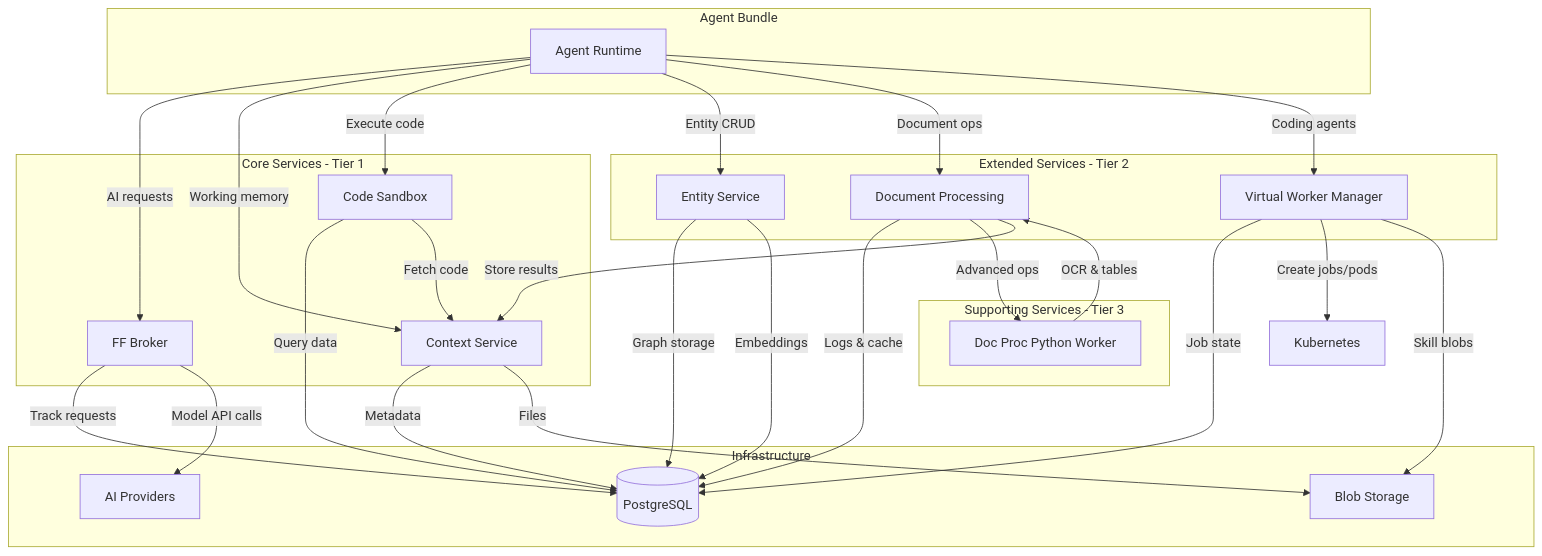
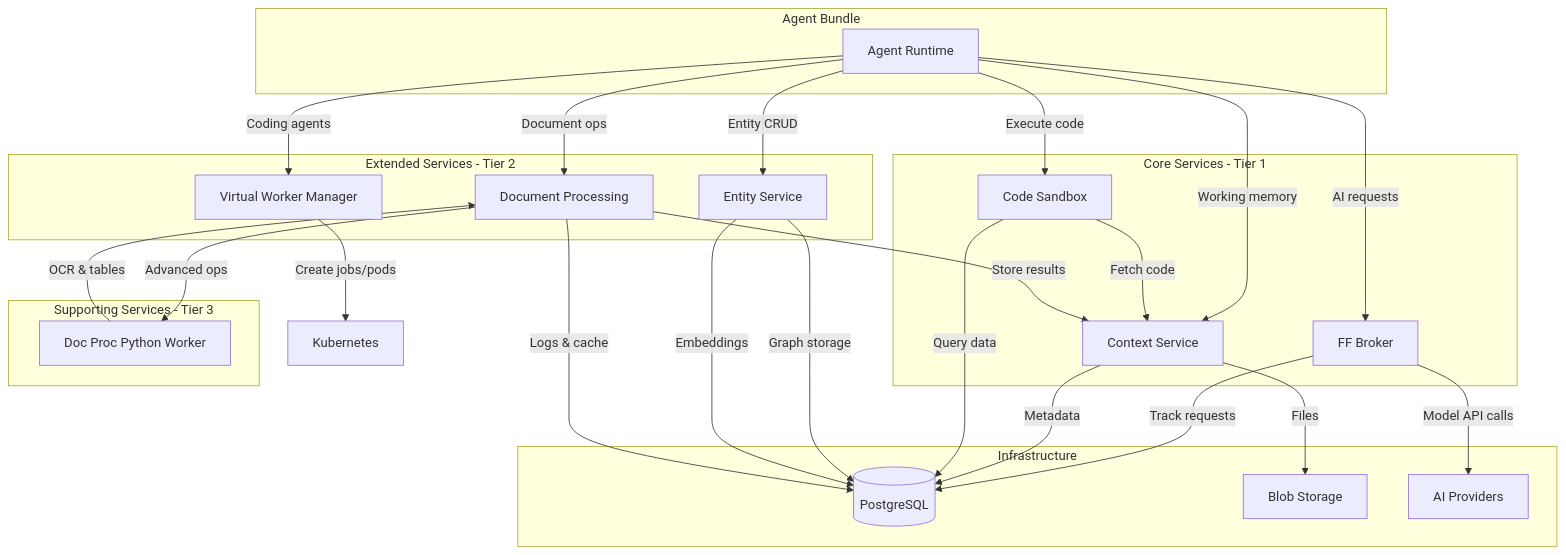
Before and after one commit to firebrandanalytics/ff-public-docs: the first of 4 diagrams in docs/firefoundry/platform/services/README.md, drawn with Mermaid. The commit also changed other lines of this file and 4 other files, not shown here.

````diff
--- a/docs/firefoundry/platform/services/README.md
+++ b/docs/firefoundry/platform/services/README.md
@@ -86,57 +86,55 @@
 ```mermaid
 graph TB
     subgraph "Agent Bundle"
         AB[Agent Runtime]
     end
     
     subgraph "Core Services - Tier 1"
         Broker[FF Broker]
         Context[Context Service]
         Sandbox[Code Sandbox]
     end
     
     subgraph "Extended Services - Tier 2"
         Entity[Entity Service]
         DocProc[Document Processing]
         VWM[Virtual Worker Manager]
     end
     
     subgraph "Supporting Services - Tier 3"
         PyWorker[Doc Proc Python Worker]
     end
     
     subgraph "Infrastructure"
         PG[(PostgreSQL)]
         Blob[Blob Storage]
         AI[AI Providers]
     end
     
     AB -->|AI requests| Broker
     AB -->|Working memory| Context
     AB -->|Execute code| Sandbox
     AB -->|Entity CRUD| Entity
     AB -->|Document ops| DocProc
     AB -->|Coding agents| VWM
     
     Broker -->|Track requests| PG
     Broker -->|Model API calls| AI
     
     Context -->|Metadata| PG
     Context -->|Files| Blob
     
     Sandbox -->|Query data| PG
     Sandbox -->|Fetch code| Context
     
     Entity -->|Graph storage| PG
     Entity -->|Embeddings| PG
     
     DocProc -->|Logs & cache| PG
     DocProc -->|Advanced ops| PyWorker
     DocProc -->|Store results| Context
 
-    VWM -->|Job state| PG
     VWM -->|Create jobs/pods| K8s[Kubernetes]
-    VWM -->|Skill blobs| Blob
 
     PyWorker -->|OCR & tables| DocProc
 ```
````
